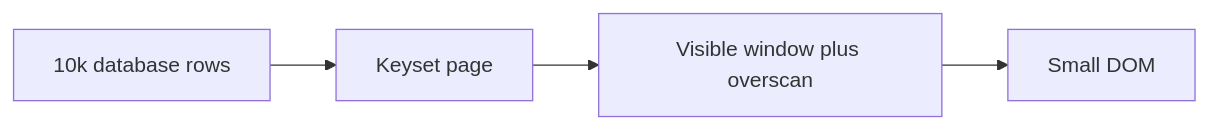
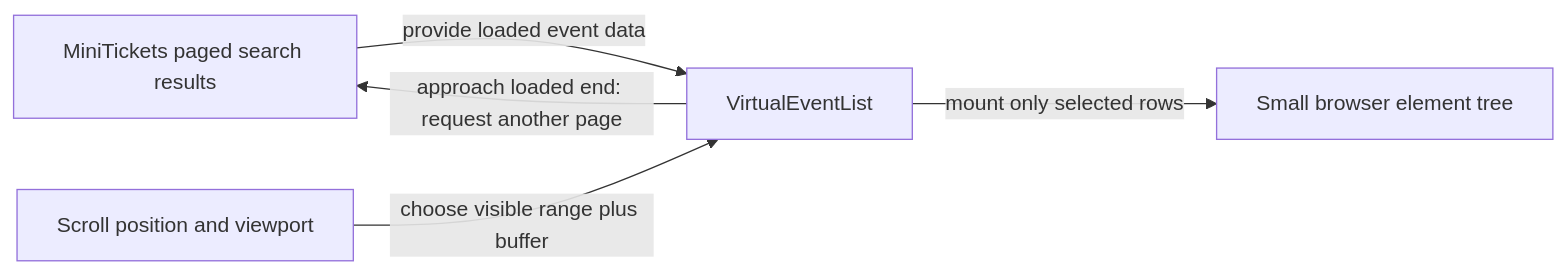
Before and after one commit to maheshnd/minitickets: the diagram in docs/handbook/concepts/virtualization.md, drawn with Mermaid. The commit also changed other lines of this file and 119 other files, not shown here.

````diff
--- a/docs/handbook/concepts/virtualization.md
+++ b/docs/handbook/concepts/virtualization.md
@@ -17,7 +19,7 @@
 ```mermaid
 flowchart LR
-    n0["10k database rows"] --> n1
-    n1["Keyset page"] --> n2
-    n2["Visible window plus overscan"] --> n3
-    n3["Small DOM"]
+    P["MiniTickets paged search results"] -->|"provide loaded event data"| V["VirtualEventList"]
+    S["Scroll position and viewport"] -->|"choose visible range plus buffer"| V
+    V -->|"mount only selected rows"| D["Small browser element tree"]
+    V -->|"approach loaded end: request another page"| P
 ```
````
